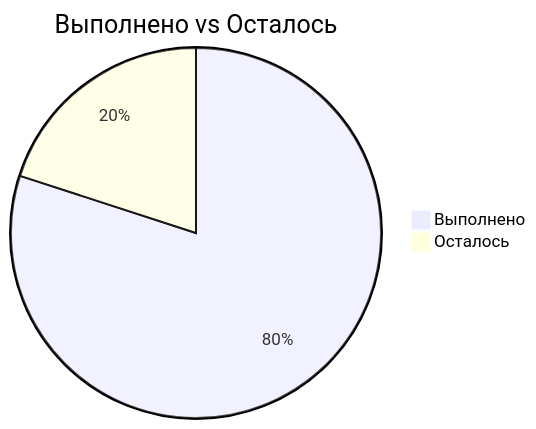
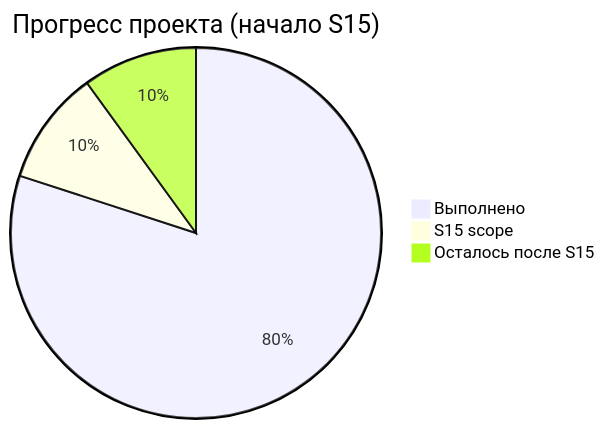
One commit to zubkovfpk/hydromet_bulletin changed the second of 2 diagrams in docs/project_progress.md. Above: the diagram before and after it, drawn with Mermaid. The commit also changed other lines of this file and 2 other files, not shown here.

````diff
--- a/docs/project_progress.md
+++ b/docs/project_progress.md
@@ -67,6 +78,6 @@
 ```mermaid
-pie
-    title Выполнено vs Осталось
-    "Выполнено" : 80
-    "Осталось"  : 20
+pie title Прогресс проекта (начало S15)
+  "Выполнено" : 80
+  "S15 scope" : 10
+  "Осталось после S15" : 10
 ```
````
